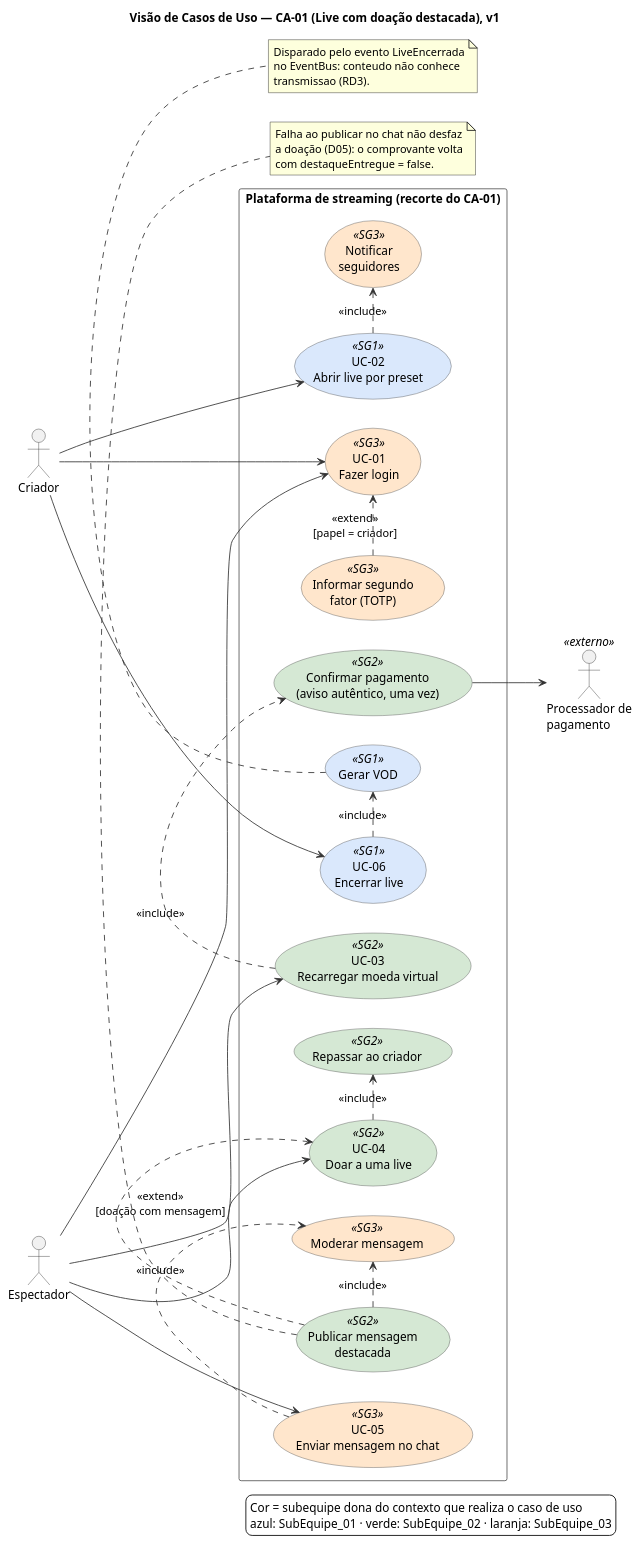
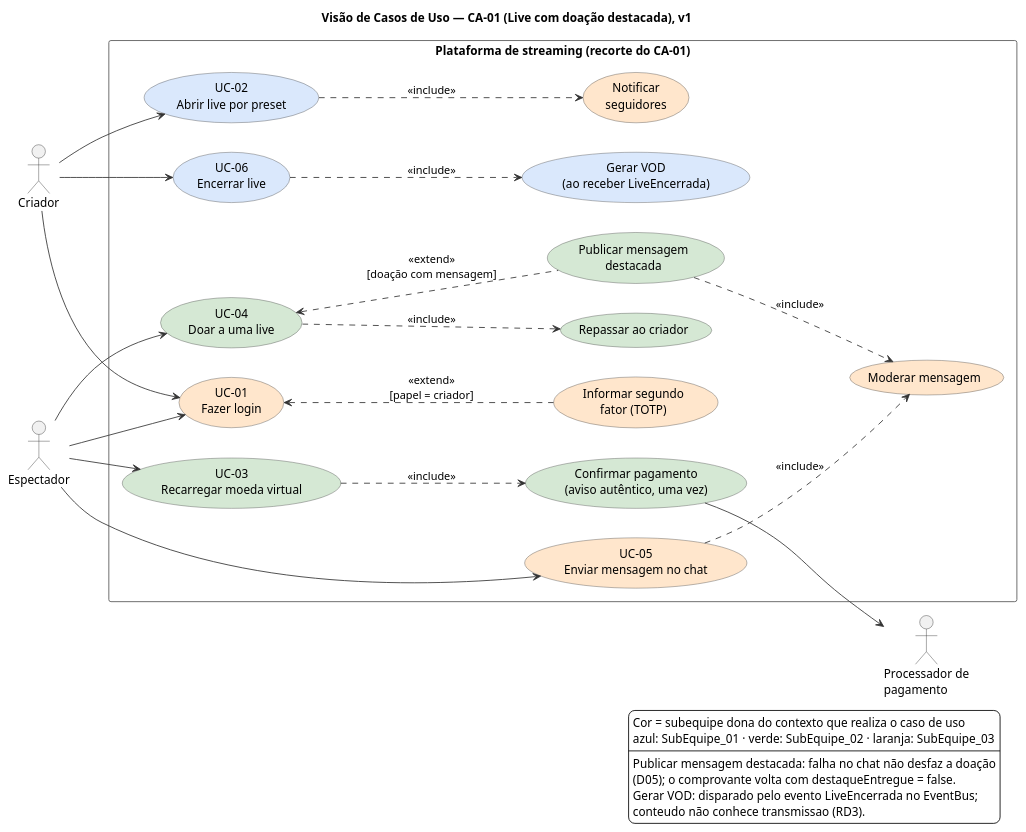
The diagram in docs/Base/Relatórios/1.1.1.DAS/assets/visao-casos-de-uso/visao-casos-de-uso-ca01-v1.puml (UnBArqDsw2026-2-Turma01/2026.2-T01-_G6_ProjetoStreamingVideo_Entrega_04), drawn with PlantUML before and after one commit. The commit also changed 3 other files, not shown here.

First line of the commit message:
docs(das): exportar o diagrama de casos de uso do CA-01 (SVG e PNG)

```diff
--- a/docs/Base/Relatórios/1.1.1.DAS/assets/visao-casos-de-uso/visao-casos-de-uso-ca01-v1.puml
+++ b/docs/Base/Relatórios/1.1.1.DAS/assets/visao-casos-de-uso/visao-casos-de-uso-ca01-v1.puml
@@ -1,81 +1,77 @@
 @startuml visao-casos-de-uso-ca01-v1
 ' Visão de Casos de Uso (DAS 1.1.1.4) — casos de uso arquiteturalmente significativos do CA-01.
 ' Autoria: Pedro Druck Montalvão Reis (SubEquipe_01), 2026. Versão 1.
 ' Fonte de verdade dos nomes: ports e tipos de packages/shared-kernel no repositório de código
 ' (main @ 76bec6c). A cor indica a subequipe dona do contexto que realiza o caso de uso.
 
 title Visão de Casos de Uso — CA-01 (Live com doação destacada), v1
 
 left to right direction
 skinparam backgroundColor #FFFFFF
 skinparam shadowing false
 skinparam defaultFontName Helvetica
 skinparam ArrowColor #333333
+hide stereotype
 skinparam actorBorderColor #333333
 skinparam usecase {
   BorderColor #555555
   BackgroundColor<<SG1>> #DAE8FC
   BackgroundColor<<SG2>> #D5E8D4
   BackgroundColor<<SG3>> #FFE6CC
 }
 skinparam rectangle {
   BorderColor #555555
   BackgroundColor #FFFFFF
 }
 
 actor "Criador" as criador
 actor "Espectador" as espectador
 actor "Processador de\npagamento" as processador <<externo>>
 
 rectangle "Plataforma de streaming (recorte do CA-01)" {
   usecase "UC-01\nFazer login" as UC01 <<SG3>>
   usecase "Informar segundo\nfator (TOTP)" as UC01a <<SG3>>
   usecase "UC-02\nAbrir live por preset" as UC02 <<SG1>>
   usecase "Notificar\nseguidores" as UC02a <<SG3>>
+  usecase "UC-06\nEncerrar live" as UC06 <<SG1>>
+  usecase "Gerar VOD\n(ao receber LiveEncerrada)" as UC06a <<SG1>>
   usecase "UC-03\nRecarregar moeda virtual" as UC03 <<SG2>>
   usecase "Confirmar pagamento\n(aviso autêntico, uma vez)" as UC03a <<SG2>>
   usecase "UC-04\nDoar a uma live" as UC04 <<SG2>>
   usecase "Repassar ao criador" as UC04a <<SG2>>
   usecase "Publicar mensagem\ndestacada" as UC04b <<SG2>>
+  usecase "Moderar mensagem" as UC05a <<SG3>>
   usecase "UC-05\nEnviar mensagem no chat" as UC05 <<SG3>>
-  usecase "Moderar mensagem" as UC05a <<SG3>>
-  usecase "UC-06\nEncerrar live" as UC06 <<SG1>>
-  usecase "Gerar VOD" as UC06a <<SG1>>
 }
 
 criador --> UC01
 espectador --> UC01
 criador --> UC02
 criador --> UC06
 espectador --> UC03
 espectador --> UC04
 espectador --> UC05
 UC03a --> processador
 
-UC01a .> UC01 : <<extend>>\n[papel = criador]
-UC02 .> UC02a : <<include>>
-UC03 .> UC03a : <<include>>
-UC04 .> UC04a : <<include>>
-UC04b .> UC04 : <<extend>>\n[doação com mensagem]
-UC04b .> UC05a : <<include>>
-UC05 .> UC05a : <<include>>
-UC06 .> UC06a : <<include>>
+UC01 <.. UC01a : <<extend>>\n[papel = criador]
+UC02 ..> UC02a : <<include>>
+UC03 ..> UC03a : <<include>>
+UC04 ..> UC04a : <<include>>
+UC04 <.. UC04b : <<extend>>\n[doação com mensagem]
+UC04b ..> UC05a : <<include>>
+UC05 ..> UC05a : <<include>>
+UC06 ..> UC06a : <<include>>
 
-note bottom of UC04b
-  Falha ao publicar no chat não desfaz
-  a doação (D05): o comprovante volta
-  com destaqueEntregue = false.
-end note
 
-note bottom of UC06a
-  Disparado pelo evento LiveEncerrada
-  no EventBus: conteudo não conhece
-  transmissao (RD3).
-end note
 
 legend right
   Cor = subequipe dona do contexto que realiza o caso de uso
   azul: SubEquipe_01 · verde: SubEquipe_02 · laranja: SubEquipe_03
+  ----
+  Publicar mensagem destacada: falha no chat não desfaz a doação
+  (D05); o comprovante volta com destaqueEntregue = false.
+  Gerar VOD: disparado pelo evento LiveEncerrada no EventBus;
+  conteudo não conhece transmissao (RD3).
 endlegend
 
 @enduml
```
